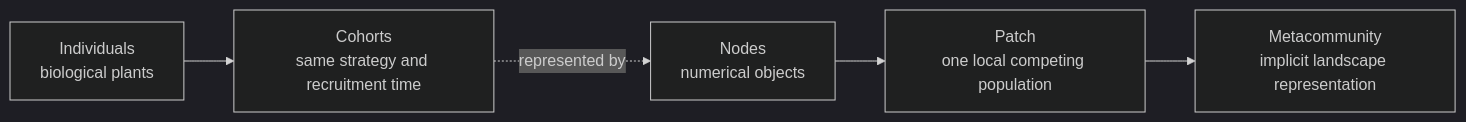
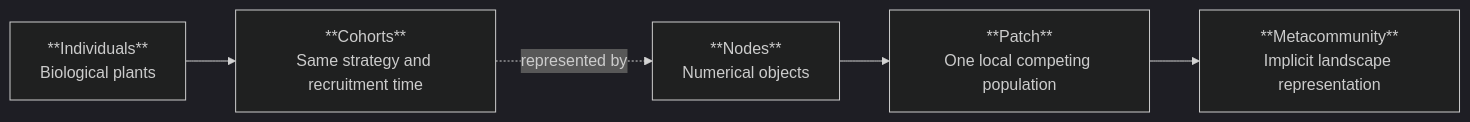
The third of 4 diagrams in theory/overview.qmd (traitecoevo/overstorey), drawn with Mermaid (dark theme) before and after one commit. The commit also changed other lines of this file, not shown here.

````diff
--- a/theory/overview.qmd
+++ b/theory/overview.qmd
@@ -161,9 +161,9 @@
 ```{mermaid}
 flowchart LR
 accTitle: Ecological scales and their numerical representation in plant
 accDescr: Similar individuals are grouped into cohorts represented numerically by nodes. Nodes describe a size-structured population within one patch. Patch states at different ages are weighted together to represent the landscape-scale metacommunity.
-  I["Individuals<br/>biological plants"] --> C["Cohorts<br/>same strategy and recruitment time"]
-  C -. "represented by" .-> N["Nodes<br/>numerical objects"]
-  N --> P["Patch<br/>one local competing population"]
-  P --> M["Metacommunity<br/>implicit landscape representation"]
+  I["**Individuals**<br/>Biological plants"] --> C["**Cohorts**<br/>Same strategy and recruitment time"]
+  C -. "represented by" .-> N["**Nodes**<br/>Numerical objects"]
+  N --> P["**Patch**<br/>One local competing population"]
+  P --> M["**Metacommunity**<br/>Implicit landscape representation"]
 ```
````
